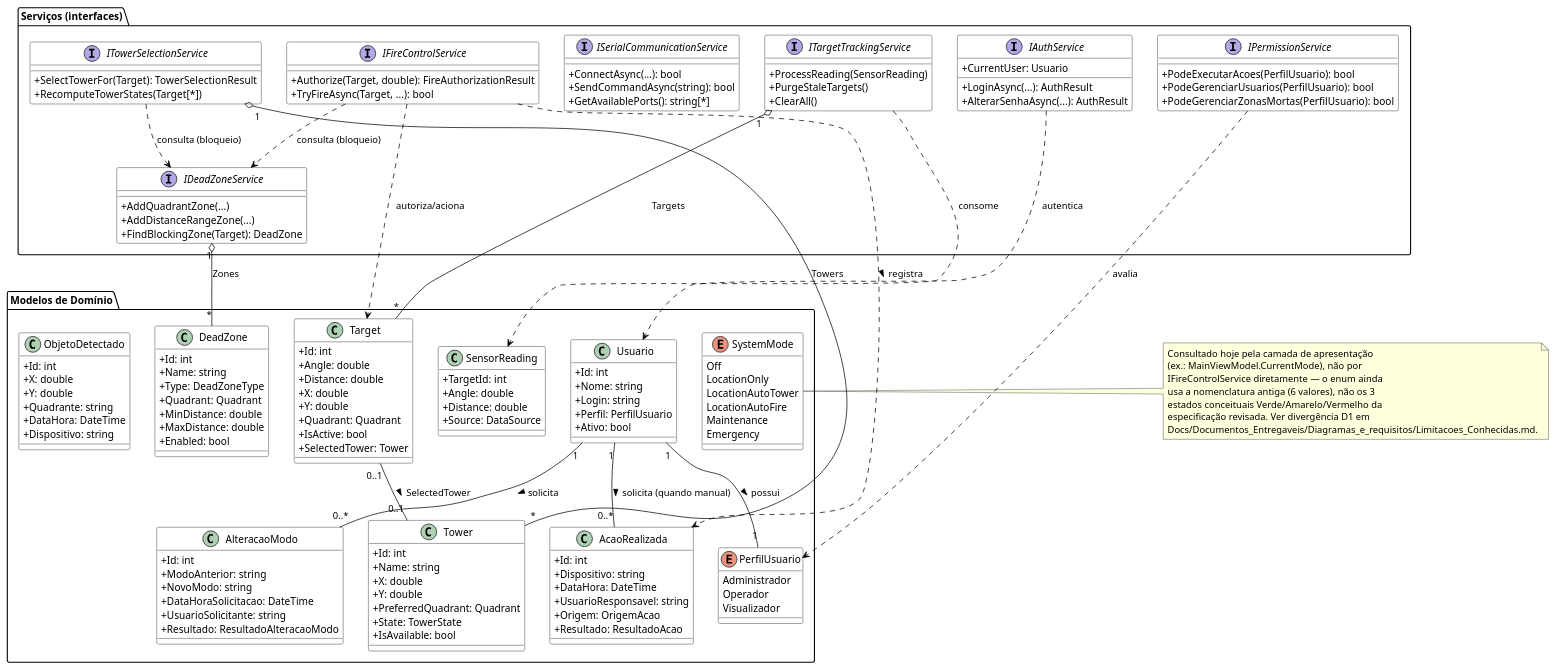
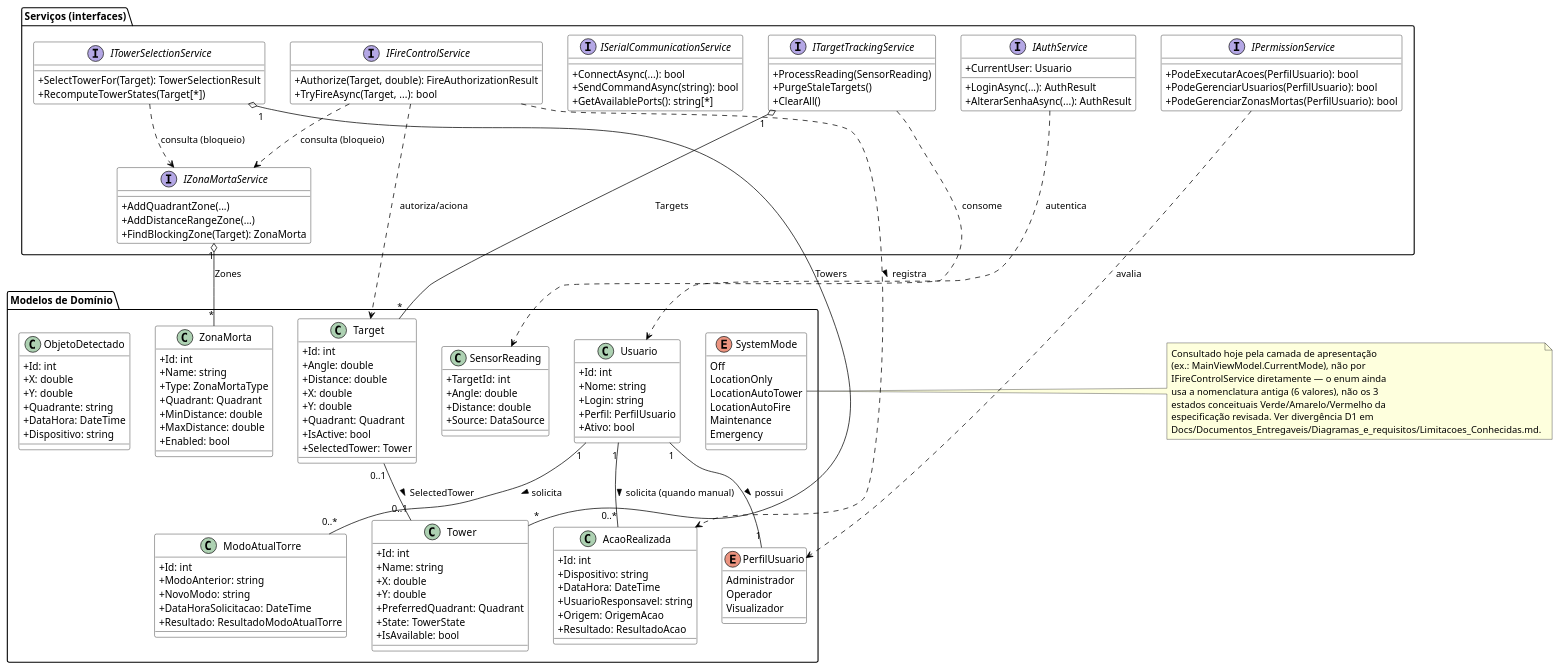
The diagram in Docs/Documentos_Entregaveis/Diagrama_de_Classes/Classes_RadarTorres.puml (Matheus-Emanoel-Souza/Sistema_Rastreamento_Alvos_Arduino), drawn with PlantUML before and after one commit. The commit also changed 52 other files, not shown here.

First line of the commit message:
refactor: renomeia DeadZone/AlteracaoModo e remove modulo ChamadoAjuda

```diff
--- a/Docs/Documentos_Entregaveis/Diagrama_de_Classes/Classes_RadarTorres.puml
+++ b/Docs/Documentos_Entregaveis/Diagrama_de_Classes/Classes_RadarTorres.puml
@@ -1,182 +1,181 @@
 @startuml Classes_RadarTorres
 
 ' RadarTorres — Diagrama de Classes (acadêmico/conceitual)
 ' Não é exaustivo: prioriza as entidades de domínio e os serviços centrais necessários para
 ' compreender o sistema, conforme Docs/Documentos_Entregaveis/UML_RadarTorres.md, seção 5. Atributos e operações
 ' foram simplificados aos mais relevantes conceitualmente — a lista completa está no próprio
 ' código-fonte (src/RadarTorres.App/Models, .../Services) e em Docs/Tecnica/DOCUMENTACAO_TECNICA.md.
 ' Todas as classes/interfaces abaixo existem no código; nenhuma foi inventada para o diagrama.
 
 skinparam shadowing false
 skinparam classAttributeIconSize 0
 skinparam class {
   BackgroundColor White
   BorderColor Black
   ArrowColor Black
 }
 
 package "Modelos de Domínio" {
 
   enum SystemMode {
     Off
     LocationOnly
     LocationAutoTower
     LocationAutoFire
     Maintenance
     Emergency
   }
 
   enum PerfilUsuario {
     Administrador
     Operador
     Visualizador
   }
 
   class SensorReading {
     +TargetId: int
     +Angle: double
     +Distance: double
     +Source: DataSource
   }
 
   class Target {
     +Id: int
     +Angle: double
     +Distance: double
     +X: double
     +Y: double
     +Quadrant: Quadrant
     +IsActive: bool
     +SelectedTower: Tower
   }
 
   class Tower {
     +Id: int
     +Name: string
     +X: double
     +Y: double
     +PreferredQuadrant: Quadrant
     +State: TowerState
     +IsAvailable: bool
   }
 
-  class DeadZone {
+  class ZonaMorta {
     +Id: int
     +Name: string
-    +Type: DeadZoneType
+    +Type: ZonaMortaType
     +Quadrant: Quadrant
     +MinDistance: double
     +MaxDistance: double
     +Enabled: bool
   }
 
   class Usuario {
     +Id: int
     +Nome: string
     +Login: string
     +Perfil: PerfilUsuario
     +Ativo: bool
   }
 
   class ObjetoDetectado {
     +Id: int
     +X: double
     +Y: double
     +Quadrante: string
     +DataHora: DateTime
     +Dispositivo: string
   }
 
   class AcaoRealizada {
     +Id: int
     +Dispositivo: string
     +DataHora: DateTime
     +UsuarioResponsavel: string
     +Origem: OrigemAcao
     +Resultado: ResultadoAcao
   }
 
-  class AlteracaoModo {
+  class ModoAtualTorre {
     +Id: int
     +ModoAnterior: string
     +NovoModo: string
     +DataHoraSolicitacao: DateTime
-    +UsuarioSolicitante: string
-    +Resultado: ResultadoAlteracaoModo
+    +Resultado: ResultadoModoAtualTorre
   }
 }
 
 package "Serviços (interfaces)" {
 
   interface ITargetTrackingService {
     +ProcessReading(SensorReading)
     +PurgeStaleTargets()
     +ClearAll()
   }
 
   interface ITowerSelectionService {
     +SelectTowerFor(Target): TowerSelectionResult
     +RecomputeTowerStates(Target[*])
   }
 
   interface IFireControlService {
     +Authorize(Target, double): FireAuthorizationResult
     +TryFireAsync(Target, ...): bool
   }
 
-  interface IDeadZoneService {
+  interface IZonaMortaService {
     +AddQuadrantZone(...)
     +AddDistanceRangeZone(...)
-    +FindBlockingZone(Target): DeadZone
+    +FindBlockingZone(Target): ZonaMorta
   }
 
   interface ISerialCommunicationService {
     +ConnectAsync(...): bool
     +SendCommandAsync(string): bool
     +GetAvailablePorts(): string[*]
   }
 
   interface IAuthService {
     +CurrentUser: Usuario
     +LoginAsync(...): AuthResult
     +AlterarSenhaAsync(...): AuthResult
   }
 
   interface IPermissionService {
     +PodeExecutarAcoes(PerfilUsuario): bool
     +PodeGerenciarUsuarios(PerfilUsuario): bool
     +PodeGerenciarZonasMortas(PerfilUsuario): bool
   }
 }
 
 ' ---------------------------------------------------------------- Associações entre modelos
 Target "0..1" -- "0..1" Tower : SelectedTower >
 Usuario "1" -- "1" PerfilUsuario : possui >
 Usuario "1" -- "0..*" AcaoRealizada : solicita (quando manual) >
-Usuario "1" -- "0..*" AlteracaoModo : solicita >
+Usuario "1" -- "0..*" ModoAtualTorre : solicita >
 
 ' ---------------------------------------------------------------- Serviço ↔ modelo que gerencia
 ITargetTrackingService "1" o-- "*" Target : Targets
 ITowerSelectionService "1" o-- "*" Tower : Towers
-IDeadZoneService "1" o-- "*" DeadZone : Zones
+IZonaMortaService "1" o-- "*" ZonaMorta : Zones
 
 ' ---------------------------------------------------------------- Dependências entre serviços
 ITargetTrackingService ..> SensorReading : consome
-ITowerSelectionService ..> IDeadZoneService : consulta (bloqueio)
-IFireControlService ..> IDeadZoneService : consulta (bloqueio)
+ITowerSelectionService ..> IZonaMortaService : consulta (bloqueio)
+IFireControlService ..> IZonaMortaService : consulta (bloqueio)
 IFireControlService ..> Target : autoriza/aciona
 IFireControlService ..> AcaoRealizada : registra >
 IAuthService ..> Usuario : autentica
 IPermissionService ..> PerfilUsuario : avalia
 
 note right of SystemMode
   Consultado hoje pela camada de apresentação
   (ex.: MainViewModel.CurrentMode), não por
   IFireControlService diretamente — o enum ainda
   usa a nomenclatura antiga (6 valores), não os 3
   estados conceituais Verde/Amarelo/Vermelho da
   especificação revisada. Ver divergência D1 em
   Docs/Documentos_Entregaveis/Diagramas_e_requisitos/Limitacoes_Conhecidas.md.
 end note
 
 @enduml
```
